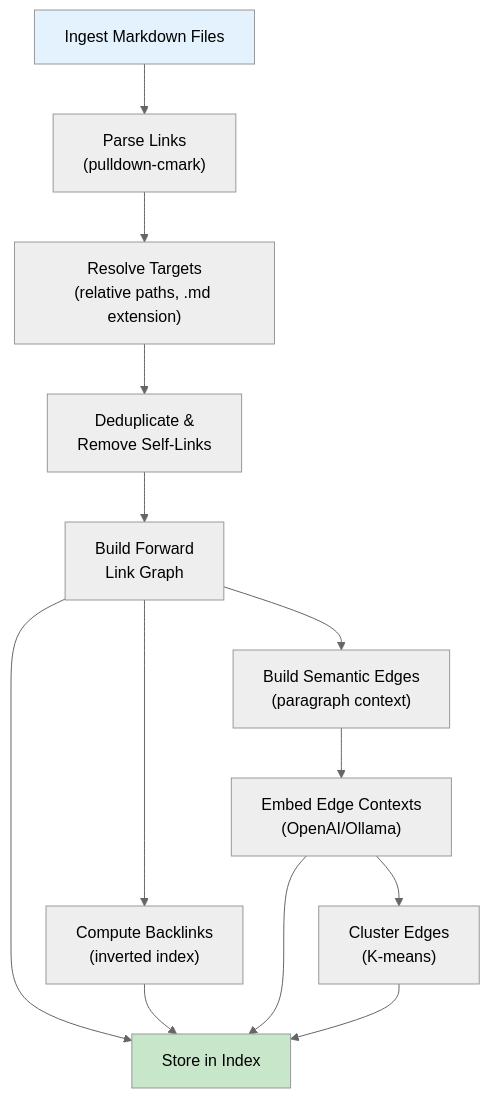
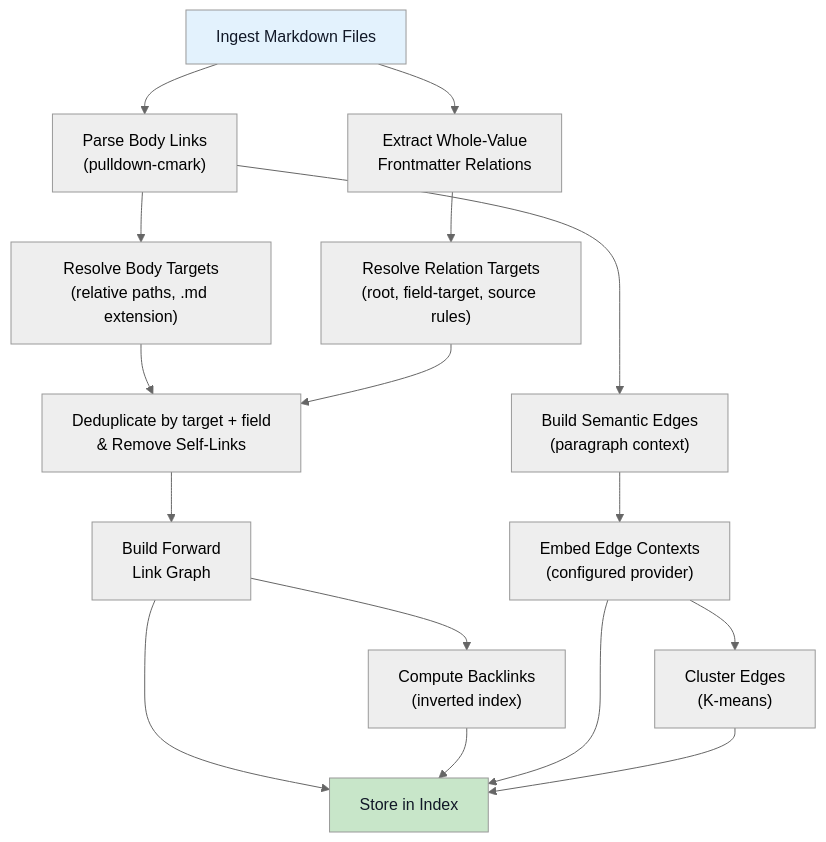
Before and after one commit to geckse/markdown-vdb: the first of 3 diagrams in docs/cli/concepts/link-graph.md, drawn with Mermaid (neutral theme). The commit also changed other lines of this file and 41 other files, not shown here.

````diff
--- a/docs/cli/concepts/link-graph.md
+++ b/docs/cli/concepts/link-graph.md
@@ -15,19 +21,22 @@
 ```mermaid
 flowchart TD
-    INGEST["Ingest Markdown Files"] --> PARSE["Parse Links<br/>(pulldown-cmark)"]
-    PARSE --> RESOLVE["Resolve Targets<br/>(relative paths, .md extension)"]
-    RESOLVE --> DEDUP["Deduplicate &<br/>Remove Self-Links"]
+    INGEST["Ingest Markdown Files"] --> BODY["Parse Body Links<br/>(pulldown-cmark)"]
+    INGEST --> FM["Extract Whole-Value<br/>Frontmatter Relations"]
+    BODY --> RESOLVE["Resolve Body Targets<br/>(relative paths, .md extension)"]
+    FM --> RELRESOLVE["Resolve Relation Targets<br/>(root, field-target, source rules)"]
+    RESOLVE --> DEDUP["Deduplicate by target + field<br/>& Remove Self-Links"]
+    RELRESOLVE --> DEDUP
     DEDUP --> GRAPH["Build Forward<br/>Link Graph"]
     GRAPH --> BACK["Compute Backlinks<br/>(inverted index)"]
-    GRAPH --> EDGES["Build Semantic Edges<br/>(paragraph context)"]
-    EDGES --> EMBED_E["Embed Edge Contexts<br/>(OpenAI/Ollama)"]
+    BODY --> EDGES["Build Semantic Edges<br/>(paragraph context)"]
+    EDGES --> EMBED_E["Embed Edge Contexts<br/>(configured provider)"]
     EMBED_E --> CLUSTER_E["Cluster Edges<br/>(K-means)"]
 
     GRAPH --> STORE["Store in Index"]
     BACK --> STORE
     EMBED_E --> STORE
     CLUSTER_E --> STORE
 
-    style INGEST fill:#e3f2fd
-    style STORE fill:#c8e6c9
+    style INGEST fill:#e3f2fd,color:#111827
+    style STORE fill:#c8e6c9,color:#111827
 ```
````
